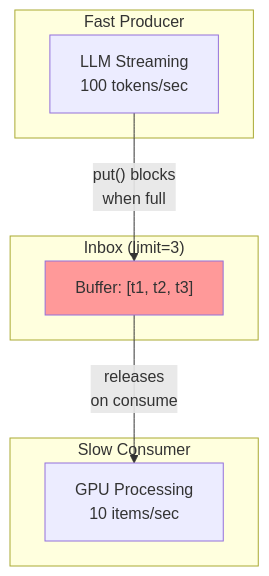
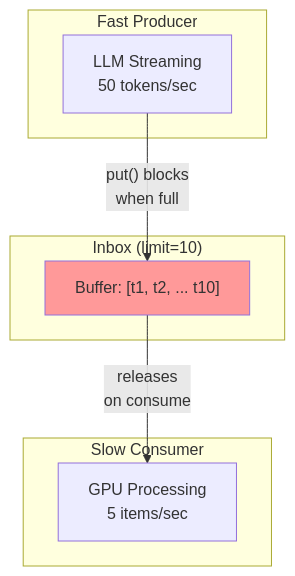
Before and after one commit to nodetool-ai/blog: the sixth of 13 diagrams in _posts/2026-02-04-streaming-architecture.md, drawn with Mermaid. The commit also changed other lines of this file, not shown here.

Commit message:
Improve style and narrative of streaming architecture blog post

````diff
--- a/_posts/2026-02-04-streaming-architecture.md
+++ b/_posts/2026-02-04-streaming-architecture.md
@@ -192,19 +204,19 @@
 ```mermaid
 flowchart TB
     subgraph Producer["Fast Producer"]
-        P[LLM Streaming\n100 tokens/sec]
+        P[LLM Streaming\n50 tokens/sec]
     end
     
-    subgraph Inbox["Inbox (limit=3)"]
-        B["Buffer: [t1, t2, t3]"]
+    subgraph Inbox["Inbox (limit=10)"]
+        B["Buffer: [t1, t2, ... t10]"]
     end
     
     subgraph Consumer["Slow Consumer"]
-        C[GPU Processing\n10 items/sec]
+        C[GPU Processing\n5 items/sec]
     end
     
     P -->|"put() blocks\nwhen full"| B
     B -->|"releases\non consume"| C
     
     style B fill:#ff9999
 ```
````
